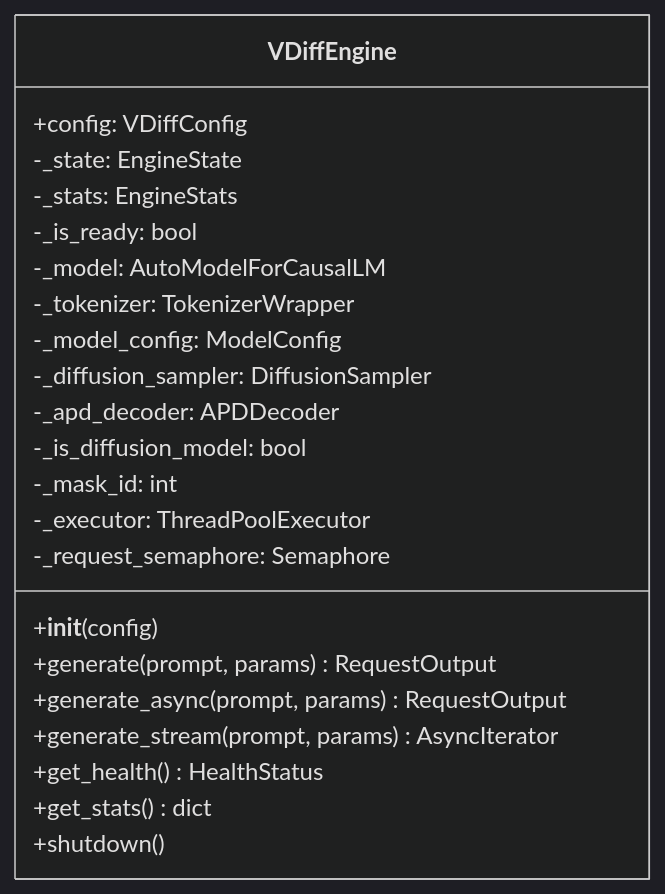
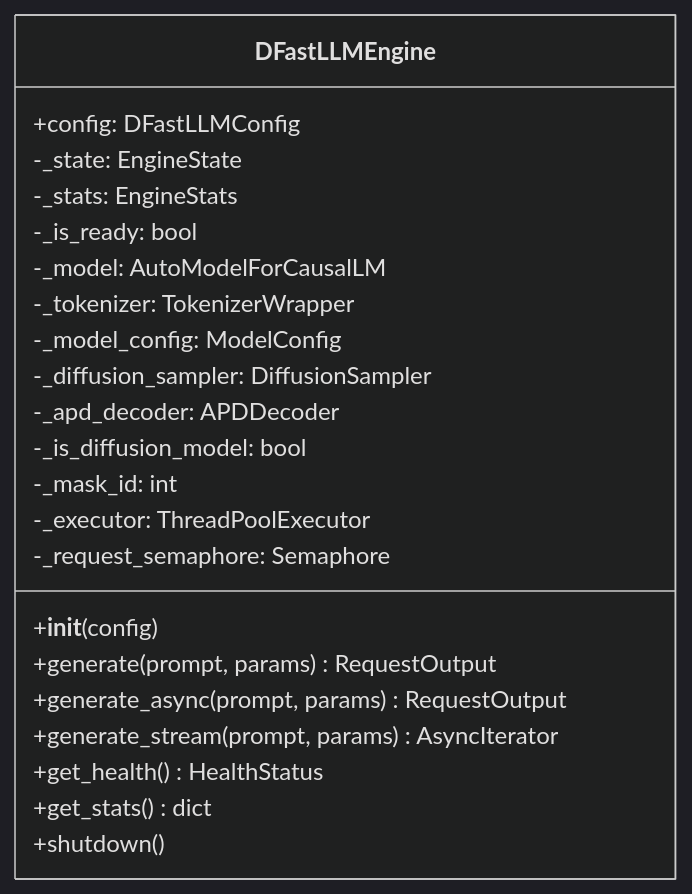
The second of 16 diagrams in docs/dev-doc/04-engine.md (mwaykole/vdiff), drawn with Mermaid (dark theme) before and after one commit. The commit also changed other lines of this file and 53 other files, not shown here.

````diff
--- a/docs/dev-doc/04-engine.md
+++ b/docs/dev-doc/04-engine.md
@@ -29,36 +29,36 @@
 ```mermaid
 classDiagram
-    class VDiffEngine {
+    class DFastLLMEngine {
         %% Configuration
-        +config: VDiffConfig
+        +config: DFastLLMConfig
         
         %% State
         -_state: EngineState
         -_stats: EngineStats
         -_is_ready: bool
         
         %% Model Components
         -_model: AutoModelForCausalLM
         -_tokenizer: TokenizerWrapper
         -_model_config: ModelConfig
         
         %% Diffusion Components
         -_diffusion_sampler: DiffusionSampler
         -_apd_decoder: APDDecoder
         -_is_diffusion_model: bool
         -_mask_id: int
         
         %% Concurrency
         -_executor: ThreadPoolExecutor
         -_request_semaphore: Semaphore
         
         %% Methods
         +__init__(config)
         +generate(prompt, params) RequestOutput
         +generate_async(prompt, params) RequestOutput
         +generate_stream(prompt, params) AsyncIterator
         +get_health() HealthStatus
         +get_stats() dict
         +shutdown()
     }
 ```
````
